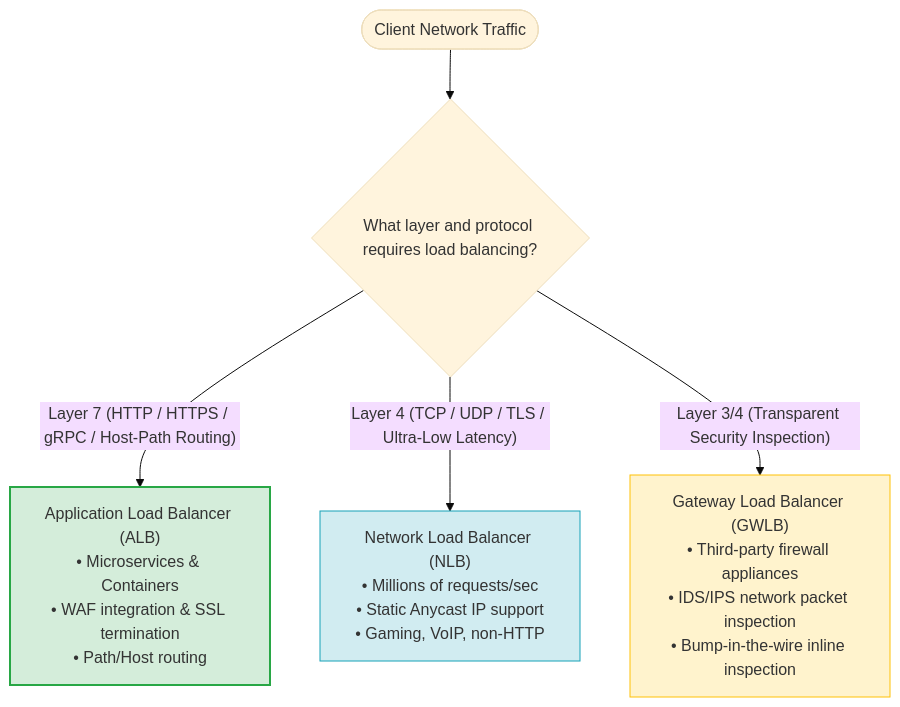
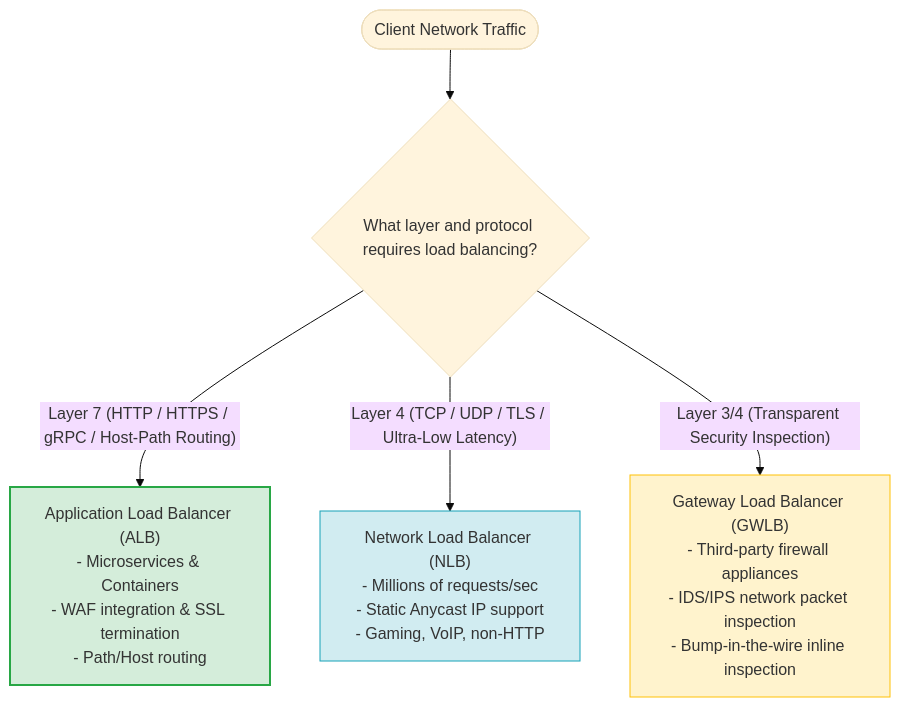
One commit to ReginRavi/AIP-C01 changed the second of 4 diagrams in Professional/3.4 Scaling methodologies (for example, load balancing, auto scaling).md. Above: the diagram before and after it, drawn with Mermaid (base theme). The commit also changed other lines of this file, not shown here.

Commit message:
Fix Mermaid diagram syntax in Scaling methodologies study note

````diff
--- a/Professional/3.4 Scaling methodologies (for example, load balancing, auto scaling).md
+++ b/Professional/3.4 Scaling methodologies (for example, load balancing, auto scaling).md
@@ -43,14 +57,14 @@
 ```mermaid
 flowchart TD
     Start_LB(["Client Network Traffic"]) --> Q_Layer{"What layer and protocol requires load balancing?"}
 
-    Q_Layer -- "Layer 7 (HTTP / HTTPS / gRPC / Host-Path Routing)" --> ALB["Application Load Balancer (ALB)<br/>• Microservices & Containers<br/>• WAF integration & SSL termination<br/>• Path/Host routing"]
+    Q_Layer -- "Layer 7 (HTTP / HTTPS / gRPC / Host-Path Routing)" --> ALB["Application Load Balancer (ALB)<br/>- Microservices & Containers<br/>- WAF integration & SSL termination<br/>- Path/Host routing"]
 
-    Q_Layer -- "Layer 4 (TCP / UDP / TLS / Ultra-Low Latency)" --> NLB["Network Load Balancer (NLB)<br/>• Millions of requests/sec<br/>• Static Anycast IP support<br/>• Gaming, VoIP, non-HTTP"]
+    Q_Layer -- "Layer 4 (TCP / UDP / TLS / Ultra-Low Latency)" --> NLB["Network Load Balancer (NLB)<br/>- Millions of requests/sec<br/>- Static Anycast IP support<br/>- Gaming, VoIP, non-HTTP"]
 
-    Q_Layer -- "Layer 3/4 (Transparent Security Inspection)" --> GWLB["Gateway Load Balancer (GWLB)<br/>• Third-party firewall appliances<br/>• IDS/IPS network packet inspection<br/>• Bump-in-the-wire inline inspection"]
+    Q_Layer -- "Layer 3/4 (Transparent Security Inspection)" --> GWLB["Gateway Load Balancer (GWLB)<br/>- Third-party firewall appliances<br/>- IDS/IPS network packet inspection<br/>- Bump-in-the-wire inline inspection"]
 
     style ALB fill:#d4edda,stroke:#28a745,stroke-width:2px
     style NLB fill:#d1ecf1,stroke:#17a2b8,stroke-width:1px
     style GWLB fill:#fff3cd,stroke:#ffc107,stroke-width:1px
 ```
````
